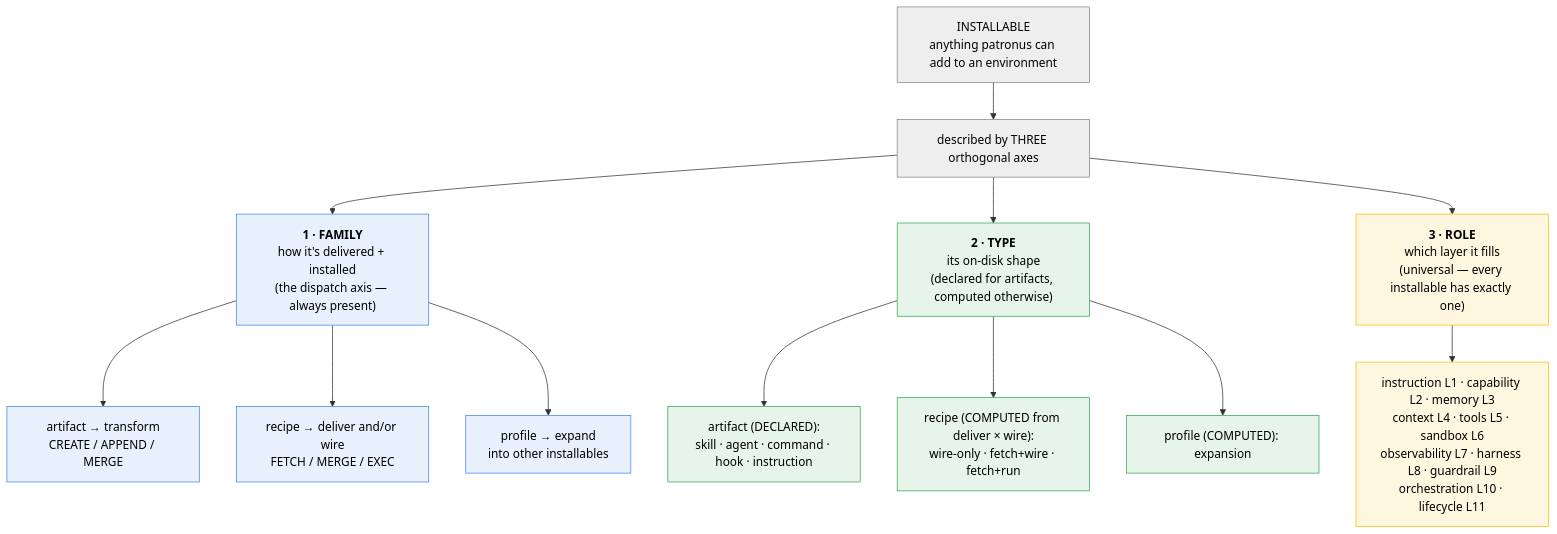
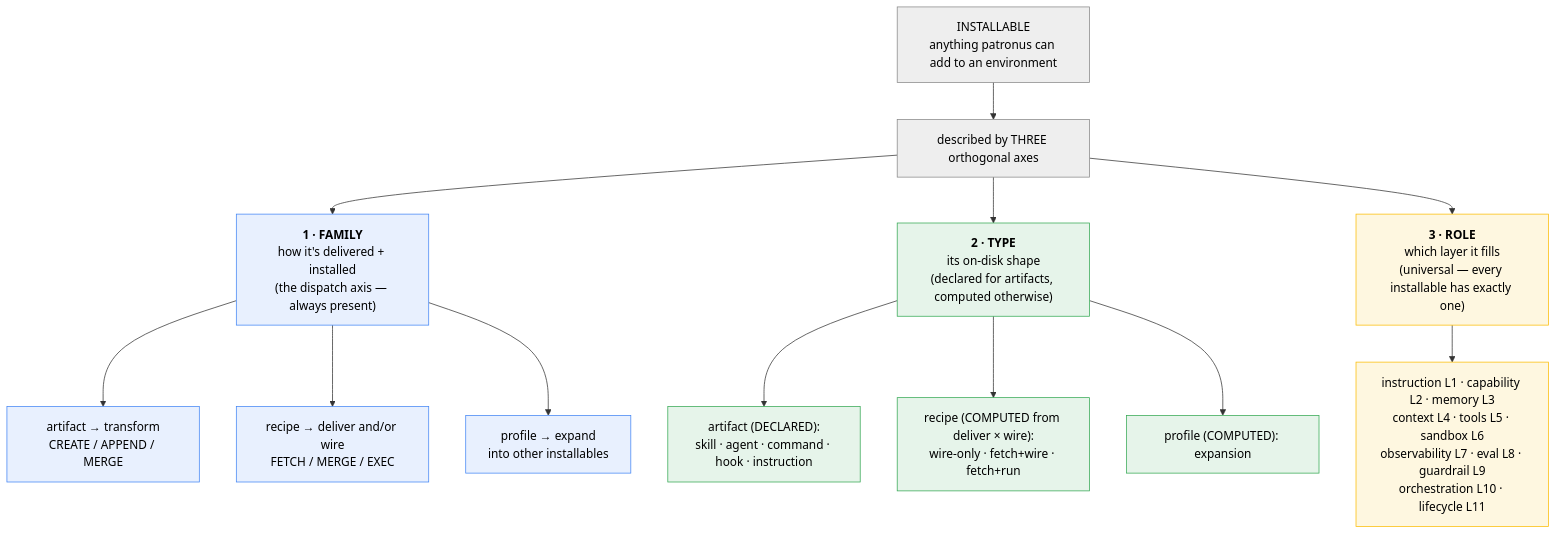
The fourth of 7 diagrams in README.md (darkquasar/patronus), drawn with Mermaid before and after one commit. The commit also changed other lines of this file and 7 other files, not shown here.

````diff
--- a/README.md
+++ b/README.md
@@ -158,29 +164,29 @@
 ```mermaid
 flowchart TB
     Root["INSTALLABLE<br/>anything patronus can add to an environment"]
 
     Root --> Axes["described by THREE orthogonal axes"]
 
     Axes --> FAM["<b>1 · FAMILY</b><br/>how it's delivered + installed<br/>(the dispatch axis — always present)"]
     Axes --> TYP["<b>2 · TYPE</b><br/>its on-disk shape<br/>(declared for artifacts, computed otherwise)"]
     Axes --> ROL["<b>3 · ROLE</b><br/>which layer it fills<br/>(universal — every installable has exactly one)"]
 
     FAM --> FA["artifact → transform<br/>CREATE / APPEND / MERGE"]
     FAM --> FR["recipe → deliver and/or wire<br/>FETCH / MERGE / EXEC"]
     FAM --> FP["profile → expand<br/>into other installables"]
 
     TYP --> TA["artifact (DECLARED):<br/>skill · agent · command · hook · instruction"]
     TYP --> TR["recipe (COMPUTED from deliver × wire):<br/>wire-only · fetch+wire · fetch+run"]
     TYP --> TP["profile (COMPUTED): expansion"]
 
-    ROL --> RL["instruction L1 · capability L2 · memory L3<br/>context L4 · tools L5 · sandbox L6<br/>observability L7 · harness L8 · guardrail L9<br/>orchestration L10 · lifecycle L11"]
+    ROL --> RL["instruction L1 · capability L2 · memory L3<br/>context L4 · tools L5 · sandbox L6<br/>observability L7 · eval L8 · guardrail L9<br/>orchestration L10 · lifecycle L11"]
 
     classDef root fill:#eee,stroke:#888,color:#000;
     classDef fam fill:#e8f0fe,stroke:#4285f4,color:#000;
     classDef typ fill:#e6f4ea,stroke:#34a853,color:#000;
     classDef rol fill:#fef7e0,stroke:#fbbc04,color:#000;
     class Root,Axes root
     class FAM,FA,FR,FP fam
     class TYP,TA,TR,TP typ
     class ROL,RL rol
 ```
````
